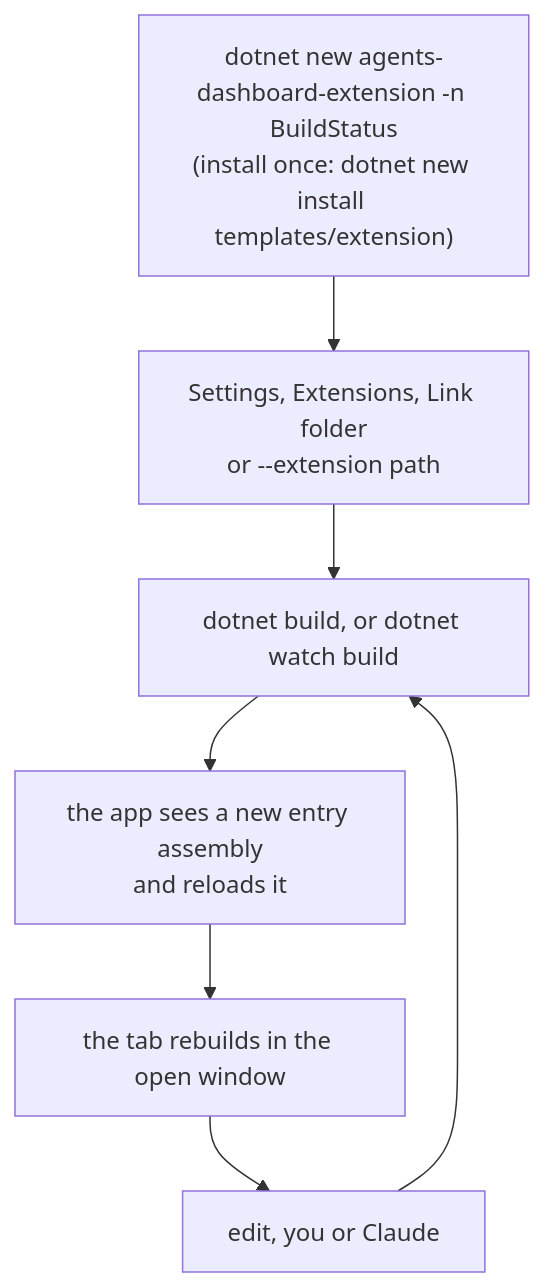
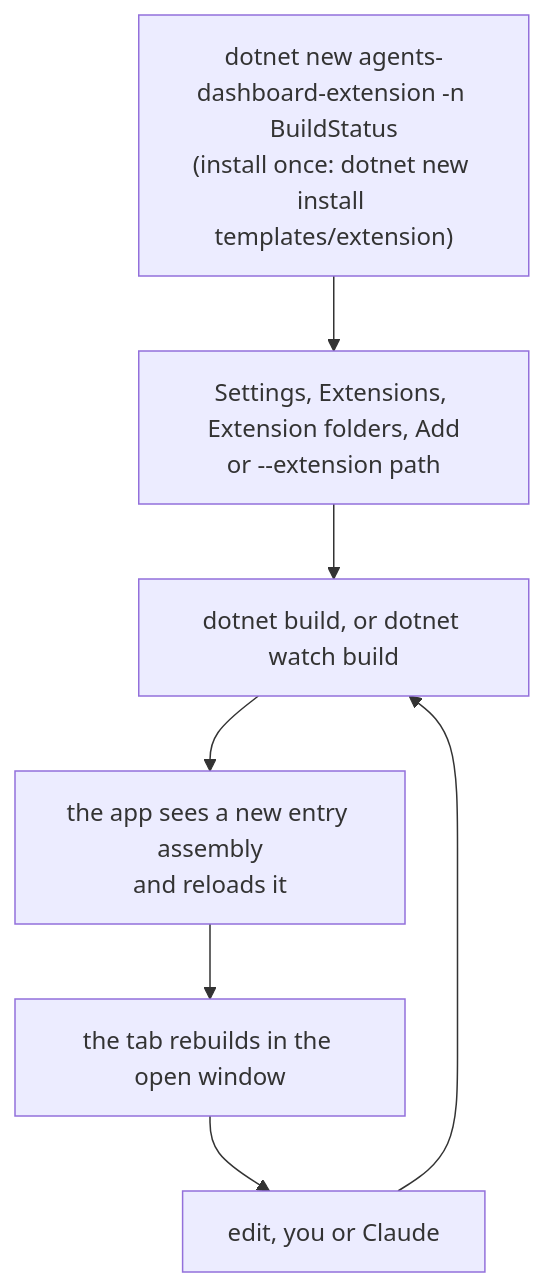
One commit to BradenTerry/Tog changed the first of 3 diagrams in docs/extensions.md. Above: the diagram before and after it, drawn with Mermaid. The commit also changed other lines of this file and 6 other files, not shown here.

First line of the commit message:
Combine linked extensions and extension folders into one list

````diff
--- a/docs/extensions.md
+++ b/docs/extensions.md
@@ -15,9 +15,9 @@
 ```mermaid
 flowchart TD
-    A["dotnet new agents-dashboard-extension -n BuildStatus<br/>(install once: dotnet new install templates/extension)"] --> B["Settings, Extensions, Link folder<br/>or --extension path"]
+    A["dotnet new agents-dashboard-extension -n BuildStatus<br/>(install once: dotnet new install templates/extension)"] --> B["Settings, Extensions, Extension folders, Add<br/>or --extension path"]
     B --> C["dotnet build, or dotnet watch build"]
     C --> D["the app sees a new entry assembly<br/>and reloads it"]
     D --> E["the tab rebuilds in the open window"]
     E --> F["edit, you or Claude"]
     F --> C
 ```
````
